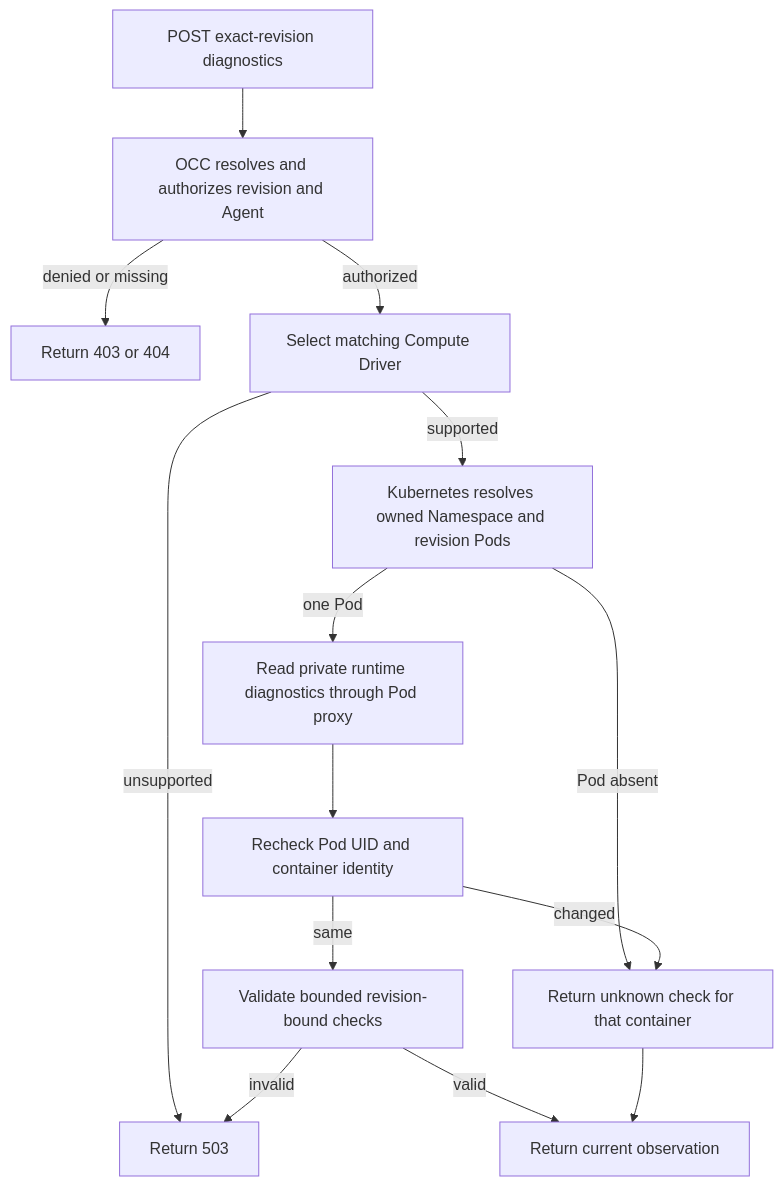
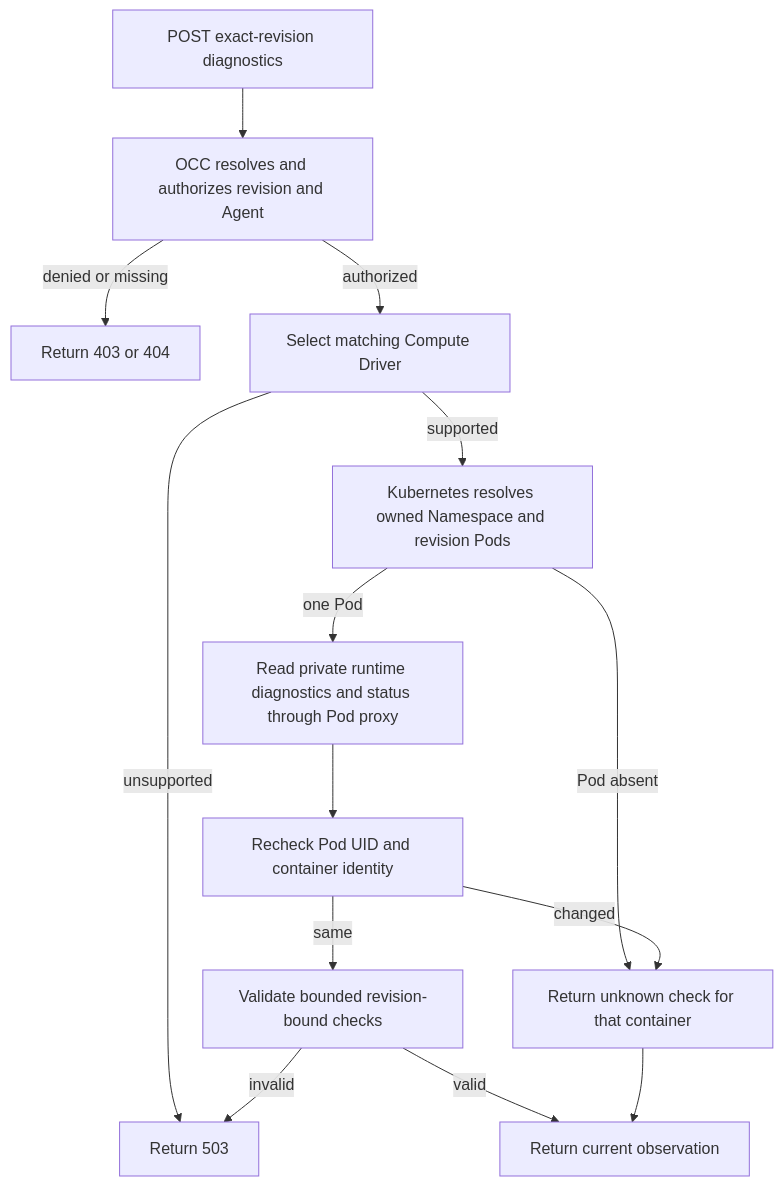
The diagram in docs/flows/agent-deployment-diagnostics.md (ericcaiwx-star/openclaw-enterprise), drawn with Mermaid before and after one commit. The commit also changed other lines of this file and 5 other files, not shown here.

First line of the commit message:
fix(compute): report a held runtime startup failure in diagnostics

````diff
--- a/docs/flows/agent-deployment-diagnostics.md
+++ b/docs/flows/agent-deployment-diagnostics.md
@@ -28,16 +28,16 @@
 ```mermaid
 graph TD
   A["POST exact-revision diagnostics"] --> B["OCC resolves and authorizes revision and Agent"]
   B -->|denied or missing| C["Return 403 or 404"]
   B -->|authorized| D["Select matching Compute Driver"]
   D -->|unsupported| E["Return 503"]
   D -->|supported| F["Kubernetes resolves owned Namespace and revision Pods"]
   F -->|Pod absent| G["Return unknown check for that container"]
-  F -->|one Pod| H["Read private runtime diagnostics through Pod proxy"]
+  F -->|one Pod| H["Read private runtime diagnostics and status through Pod proxy"]
   H --> I["Recheck Pod UID and container identity"]
   I -->|changed| G
   I -->|same| J["Validate bounded revision-bound checks"]
   J -->|invalid| E
   J -->|valid| K["Return current observation"]
   G --> K
 ```
````
